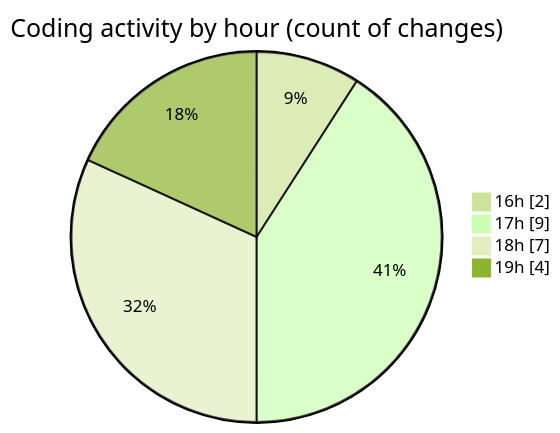
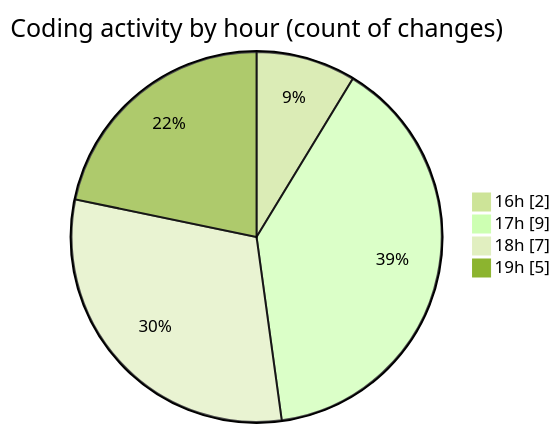
One commit to nxtqubesakshisongat/code-tracking changed the second of 2 diagrams in 2026-05-14/nxtqube_webapp/README.md. Above: the diagram before and after it, drawn with Mermaid (forest theme). The commit also changed other lines of this file and 1 other file, not shown here.

````diff
--- a/2026-05-14/nxtqube_webapp/README.md
+++ b/2026-05-14/nxtqube_webapp/README.md
@@ -32,8 +32,8 @@
 ```mermaid
 pie showData
 title Coding activity by hour (count of changes)
 "16h" : 2
 "17h" : 9
 "18h" : 7
-"19h" : 4
+"19h" : 5
 ```
````
